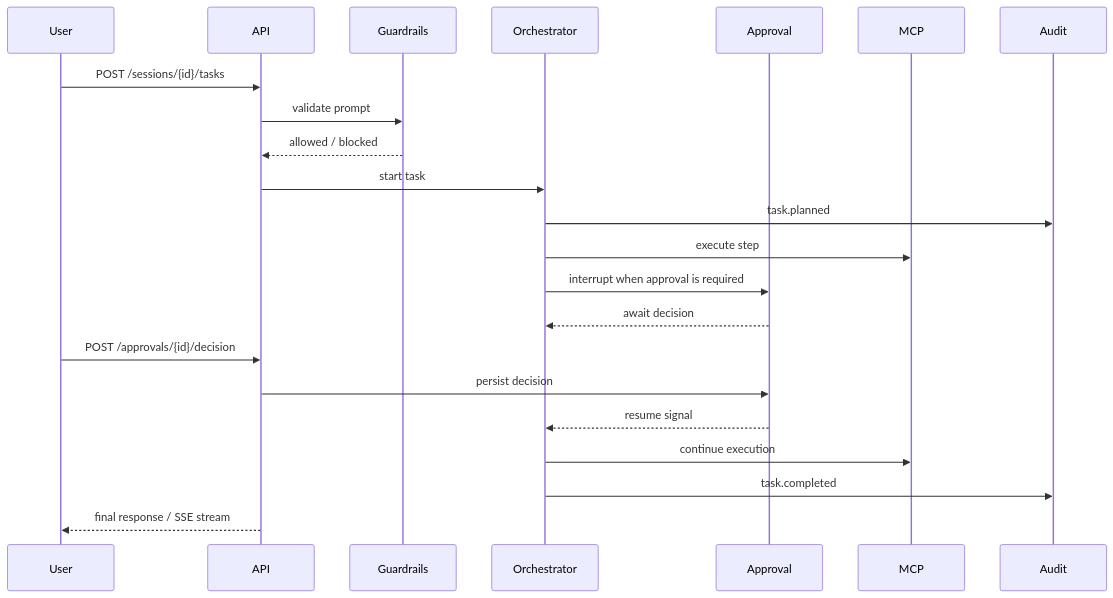
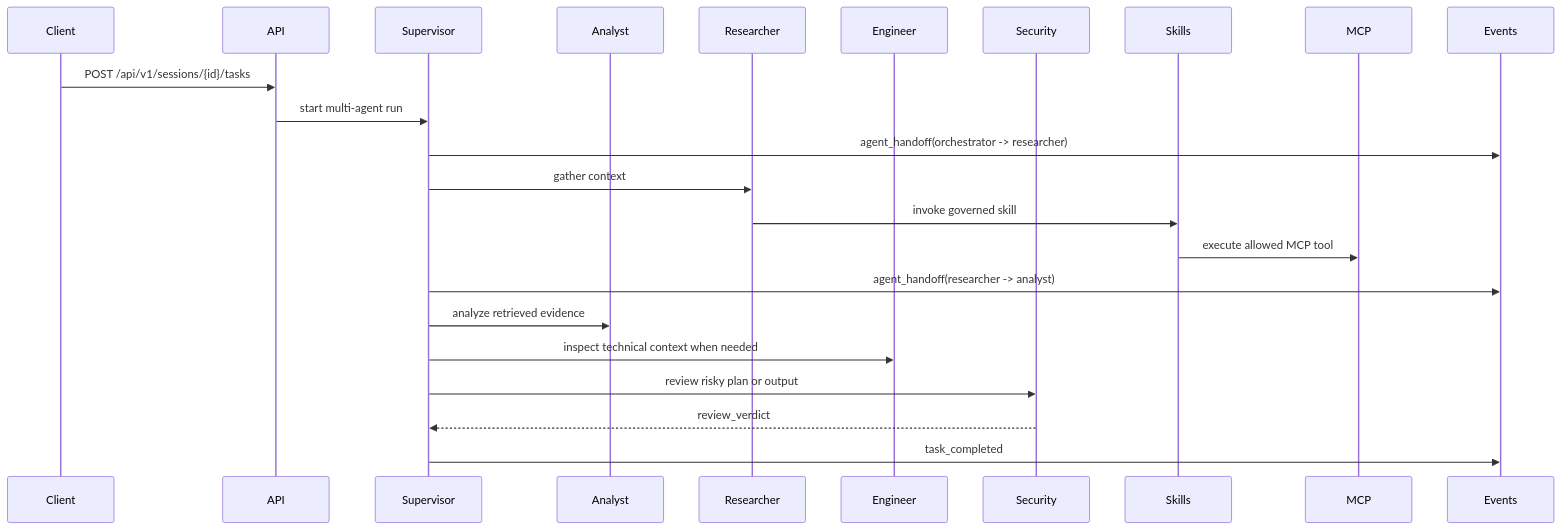
One commit to Mehulupase01/AgentForge-Multi-Tool-Agent-with-MCP--NeMo-Guardrails---Audit-Logging changed the second of 5 diagrams in README.md. Above: the diagram before and after it, drawn with Mermaid. The commit also changed other lines of this file, not shown here.

````diff
--- a/README.md
+++ b/README.md
@@ -268,25 +203,26 @@
 ```mermaid
 sequenceDiagram
-    participant User
+    participant Client
     participant API
-    participant Guardrails
-    participant Orchestrator
-    participant Approval
+    participant Supervisor
+    participant Analyst
+    participant Researcher
+    participant Engineer
+    participant Security
+    participant Skills
     participant MCP
-    participant Audit
+    participant Events
 
-    User->>API: POST /sessions/{id}/tasks
-    API->>Guardrails: validate prompt
-    Guardrails-->>API: allowed / blocked
-    API->>Orchestrator: start task
-    Orchestrator->>Audit: task.planned
-    Orchestrator->>MCP: execute step
-    Orchestrator->>Approval: interrupt when approval is required
-    Approval-->>Orchestrator: await decision
-    User->>API: POST /approvals/{id}/decision
-    API->>Approval: persist decision
-    Approval-->>Orchestrator: resume signal
-    Orchestrator->>MCP: continue execution
-    Orchestrator->>Audit: task.completed
-    API-->>User: final response / SSE stream
+    Client->>API: POST /api/v1/sessions/{id}/tasks
+    API->>Supervisor: start multi-agent run
+    Supervisor->>Events: agent_handoff(orchestrator -> researcher)
+    Supervisor->>Researcher: gather context
+    Researcher->>Skills: invoke governed skill
+    Skills->>MCP: execute allowed MCP tool
+    Supervisor->>Events: agent_handoff(researcher -> analyst)
+    Supervisor->>Analyst: analyze retrieved evidence
+    Supervisor->>Engineer: inspect technical context when needed
+    Supervisor->>Security: review risky plan or output
+    Security-->>Supervisor: review_verdict
+    Supervisor->>Events: task_completed
 ```
````
